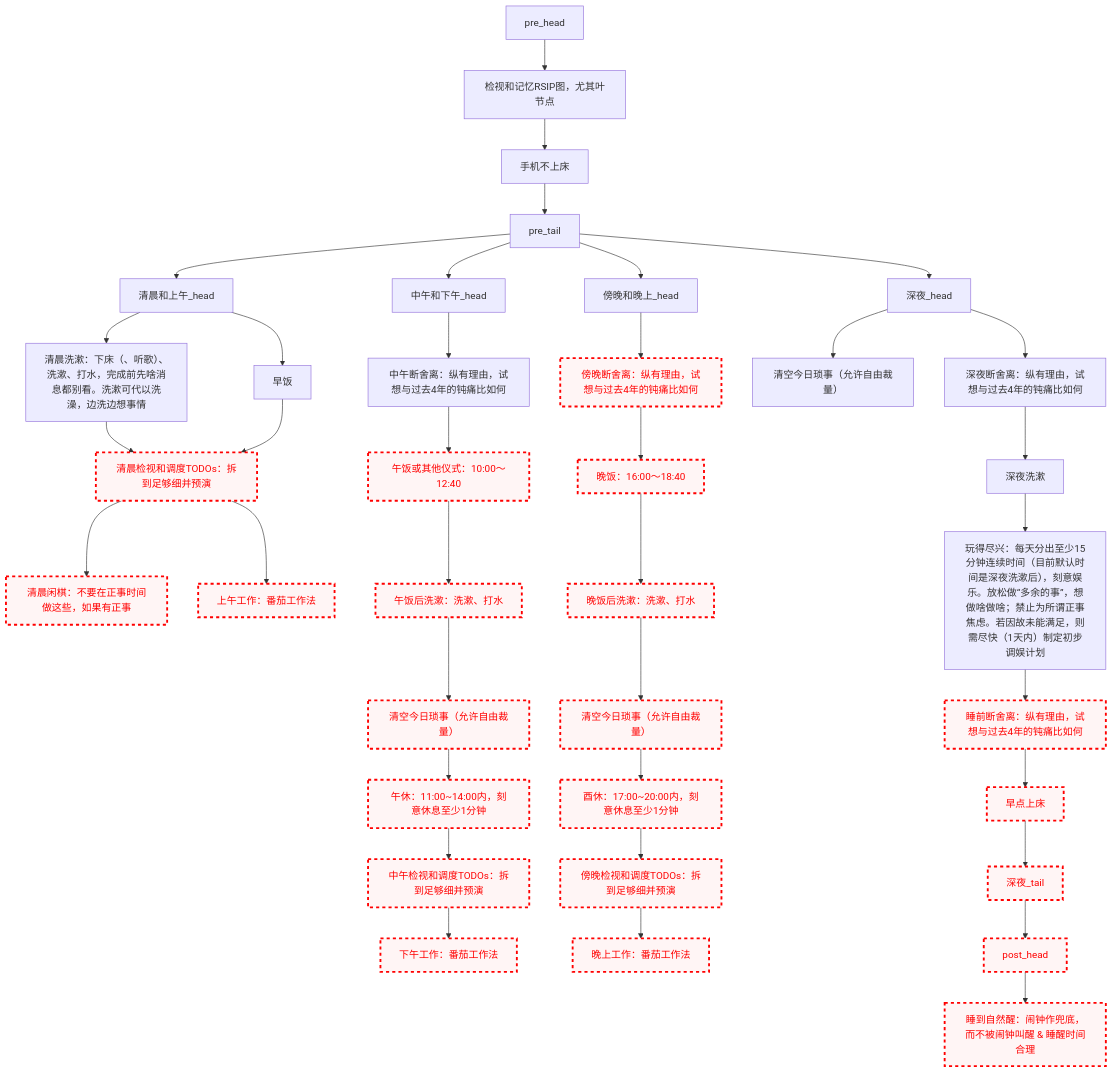
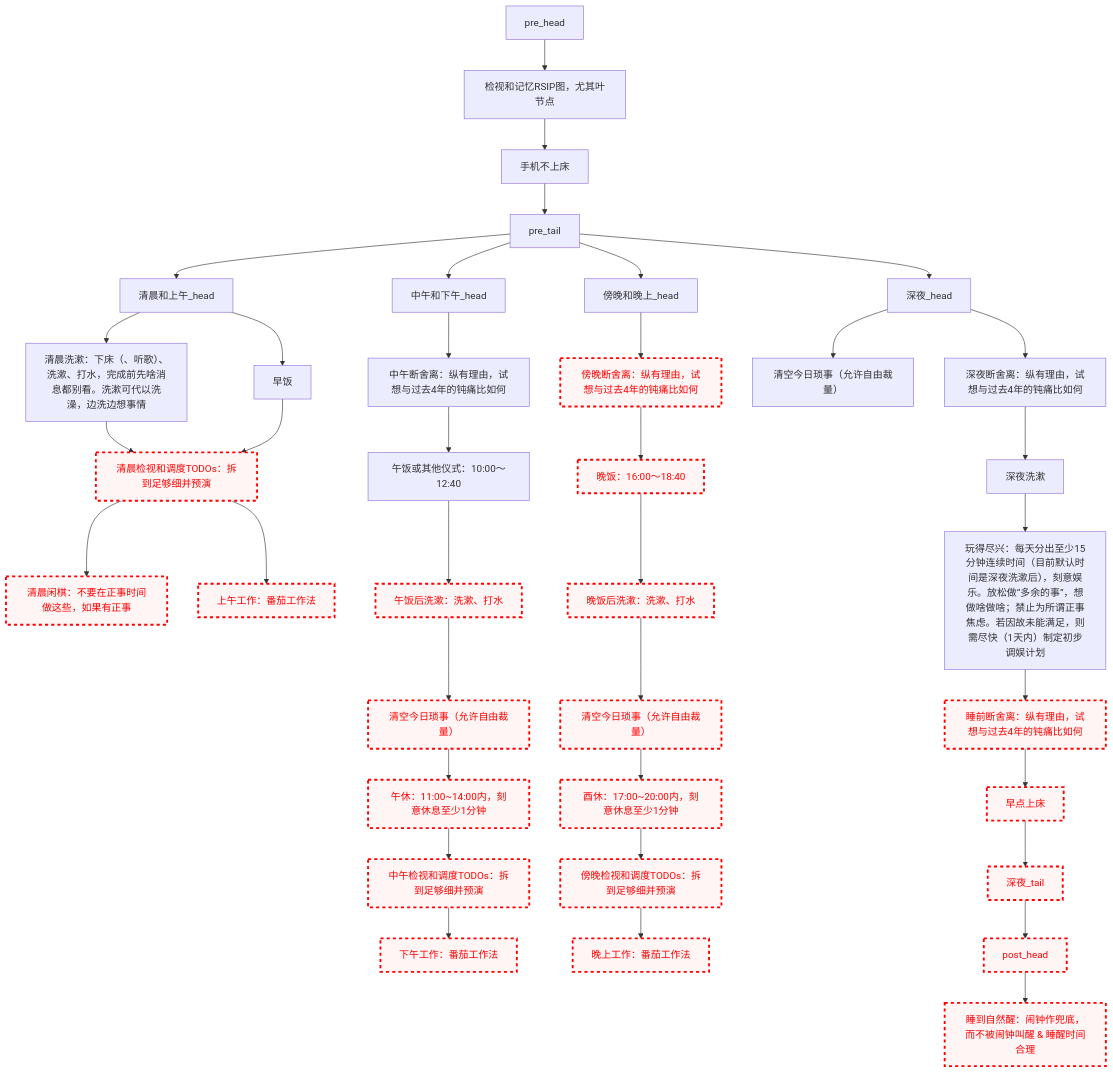
One commit to Ethkuil/RSIP-tree changed the diagram in README.md. Above: the diagram before and after it, drawn with Mermaid.

Commit message:
enable 午饭

````diff
--- a/README.md
+++ b/README.md
@@ -21,70 +21,69 @@
 ```mermaid
 graph TD
 
 classDef failed stroke:#ff0000, stroke-width:3px, color:#ff0000, fill:#fff5f5, stroke-dasharray: 5
 
 pre_head --> RSIP[检视和记忆RSIP图，尤其叶节点]
 RSIP --> 手机不上床
 手机不上床 --> pre_tail
 
 
 pre_tail --> 清晨和上午_head
 清晨和上午_head --> 清晨洗漱[清晨洗漱：下床（、听歌）、洗漱、打水，完成前先啥消息都别看。洗漱可代以洗澡，边洗边想事情]
 清晨和上午_head --> 早饭
 清晨洗漱 --> 清晨看TODO[清晨检视和调度TODOs：拆到足够细并预演]
 早饭 --> 清晨看TODO
 class 清晨看TODO failed
 清晨看TODO --> 清晨闲棋[清晨闲棋：不要在正事时间做这些，如果有正事]
 class 清晨闲棋 failed
 清晨看TODO --> 上午工作[上午工作：番茄工作法]
 class 上午工作 failed
 
 pre_tail --> 中午和下午_head
 中午和下午_head --> 中午断舍离[中午断舍离：纵有理由，试想与过去4年的钝痛比如何]
 中午断舍离 --> 午饭[午饭或其他仪式：10:00～12:40]
-class 午饭 failed
 午饭 --> 午饭后洗漱[午饭后洗漱：洗漱、打水]
 class 午饭后洗漱 failed
 午饭后洗漱 --> 中午今日琐事[清空今日琐事（允许自由裁量）]
 class 中午今日琐事 failed
 中午今日琐事 --> 午休[午休：11:00~14:00内，刻意休息至少1分钟]
 class 午休 failed
 午休 --> 中午看TODO[中午检视和调度TODOs：拆到足够细并预演]
 class 中午看TODO failed
 中午看TODO --> 下午工作[下午工作：番茄工作法]
 class 下午工作 failed
 
 pre_tail --> 傍晚和晚上_head
 傍晚和晚上_head --> 傍晚断舍离[傍晚断舍离：纵有理由，试想与过去4年的钝痛比如何]
 class 傍晚断舍离 failed
 傍晚断舍离 --> 晚饭[晚饭：16:00～18:40]
 class 晚饭 failed
 晚饭 --> 晚饭后洗漱[晚饭后洗漱：洗漱、打水]
 class 晚饭后洗漱 failed
 晚饭后洗漱 --> 傍晚今日琐事[清空今日琐事（允许自由裁量）]
 class 傍晚今日琐事 failed
 傍晚今日琐事 --> 酉休[酉休：17:00~20:00内，刻意休息至少1分钟]
 class 酉休 failed
 酉休 --> 傍晚看TODO[傍晚检视和调度TODOs：拆到足够细并预演]
 class 傍晚看TODO failed
 傍晚看TODO --> 晚上工作[晚上工作：番茄工作法]
 class 晚上工作 failed
 
 pre_tail --> 深夜_head
 深夜_head --> 深夜今日琐事[清空今日琐事（允许自由裁量）]
 深夜_head --> 深夜断舍离[深夜断舍离：纵有理由，试想与过去4年的钝痛比如何]
 深夜断舍离 --> 深夜洗漱
 深夜洗漱 --> 玩得尽兴[玩得尽兴：每天分出至少15分钟连续时间（目前默认时间是深夜洗漱后），刻意娱乐。放松做“多余的事”，想做啥做啥；禁止为所谓正事焦虑。若因故未能满足，则需尽快（1天内）制定初步调娱计划]
 玩得尽兴 --> 睡前断舍离[睡前断舍离：纵有理由，试想与过去4年的钝痛比如何]
 class 睡前断舍离 failed
 睡前断舍离 --> 早点上床
 class 早点上床 failed
 早点上床 --> 深夜_tail
 class 深夜_tail failed
 
 
 深夜_tail --> post_head
 class post_head failed
 post_head --> 睡到自然醒[睡到自然醒：闹钟作兜底，而不被闹钟叫醒 & 睡醒时间合理]
 class 睡到自然醒 failed
 ```
````
